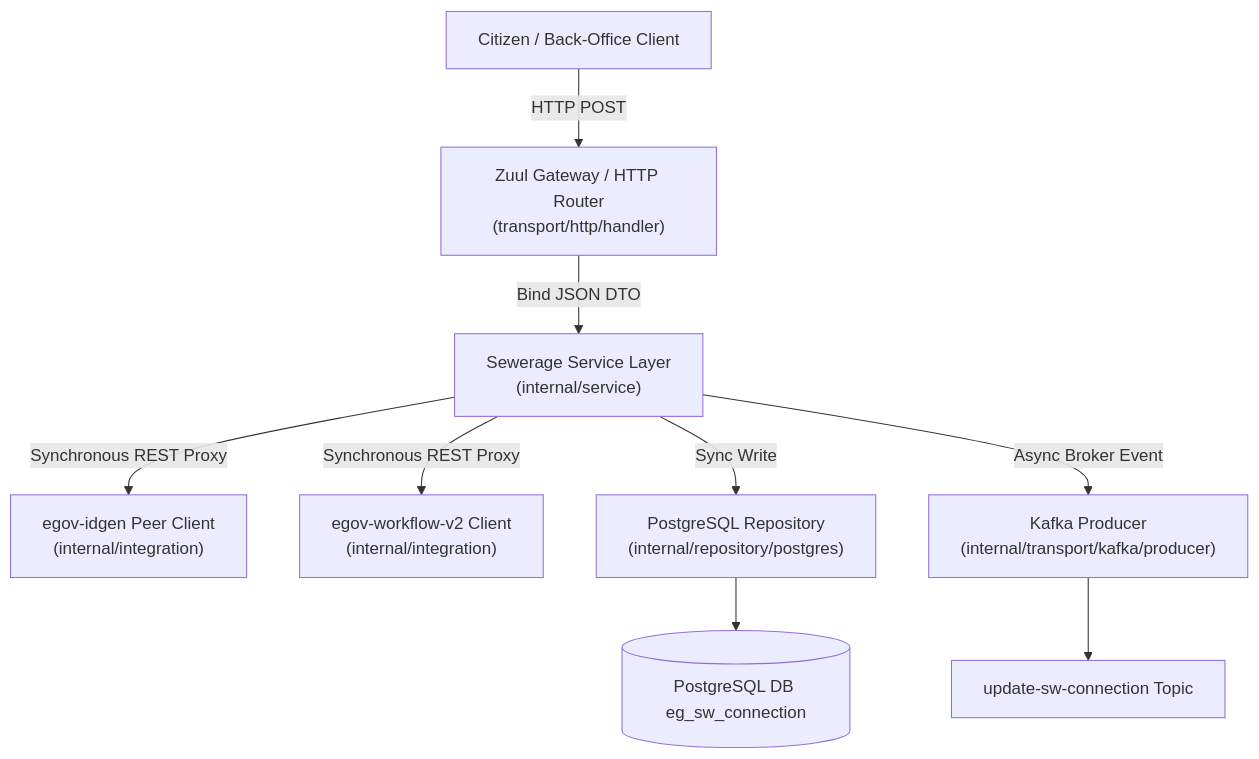
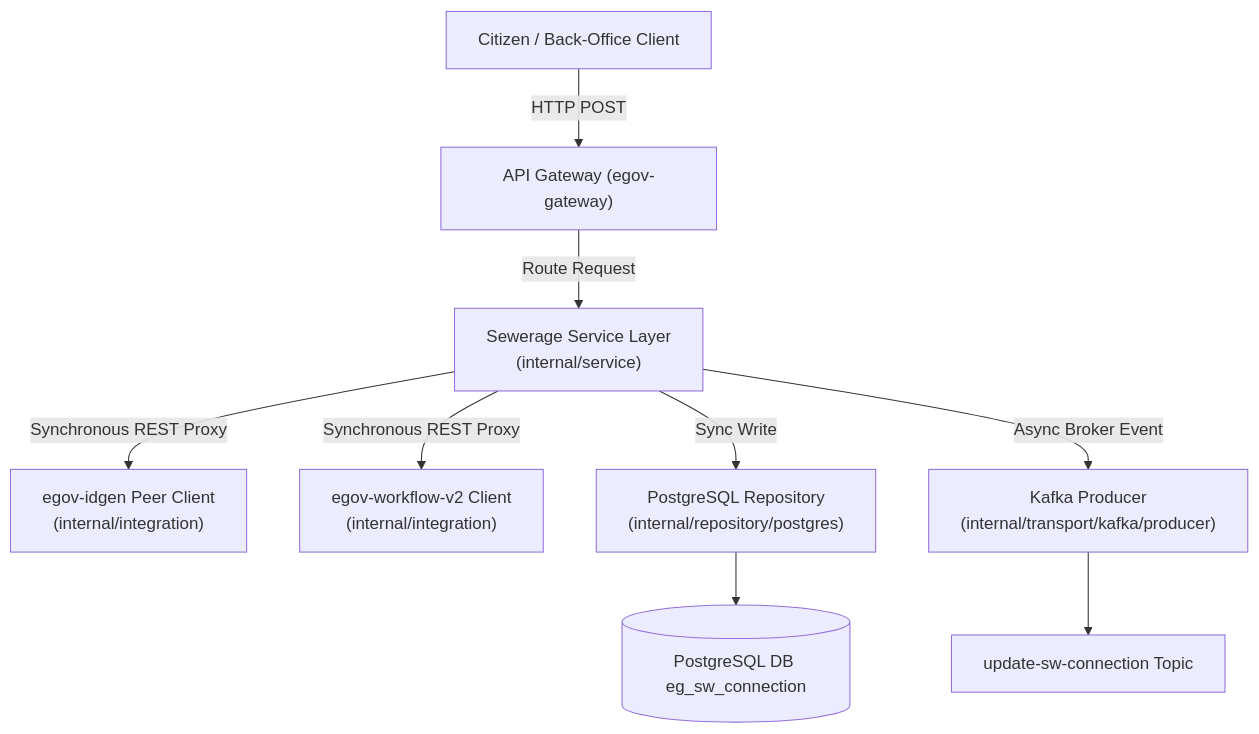
The first of 3 diagrams in docs/final_engineering_report.md (Sushant-RM/sw-services-go), drawn with Mermaid before and after one commit. The commit also changed 1 other file, not shown here.

Commit message:
docs: generalize Zuul references to API Gateway egov-gateway

````diff
--- a/docs/final_engineering_report.md
+++ b/docs/final_engineering_report.md
@@ -34,11 +34,11 @@
 ```mermaid
 graph TD
-    Client["Citizen / Back-Office Client"] -- HTTP POST --> Gateway["Zuul Gateway / HTTP Router<br>(transport/http/handler)"]
-    Gateway -- Bind JSON DTO --> Service["Sewerage Service Layer<br>(internal/service)"]
+    Client["Citizen / Back-Office Client"] -- HTTP POST --> Gateway["API Gateway (egov-gateway)"]
+    Gateway -- Route Request --> Service["Sewerage Service Layer<br>(internal/service)"]
     Service -- Synchronous REST Proxy --> IDGen["egov-idgen Peer Client<br>(internal/integration)"]
     Service -- Synchronous REST Proxy --> Workflow["egov-workflow-v2 Client<br>(internal/integration)"]
     Service -- Sync Write --> Repos["PostgreSQL Repository<br>(internal/repository/postgres)"]
     Service -- Async Broker Event --> Kafka["Kafka Producer<br>(internal/transport/kafka/producer)"]
     Repos --> DB[("PostgreSQL DB eg_sw_connection")]
     Kafka --> Topic["update-sw-connection Topic"]
 ```
````
